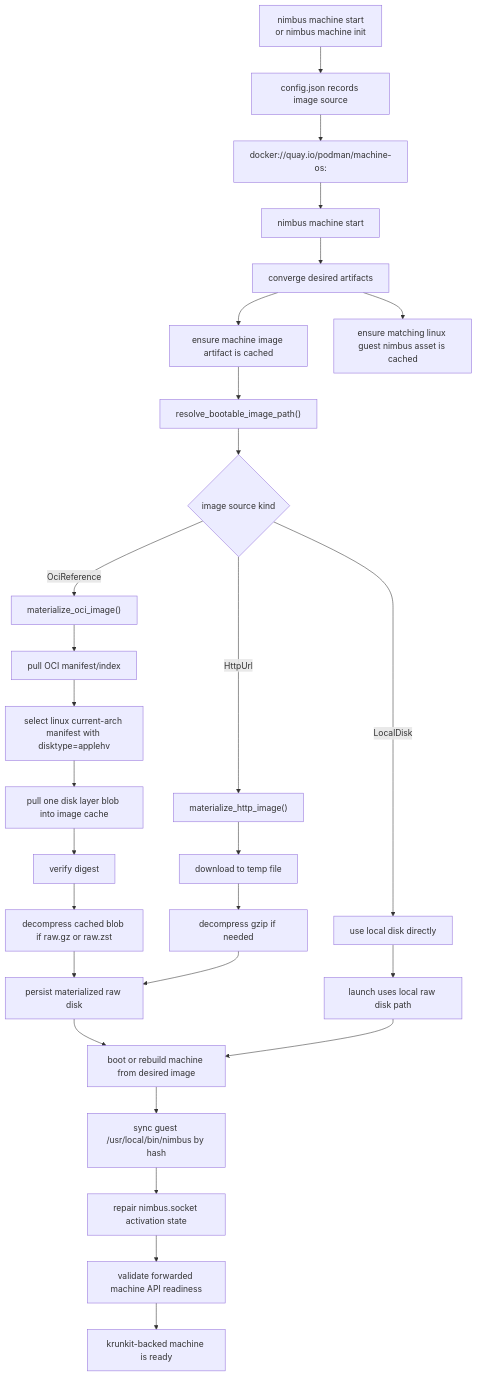
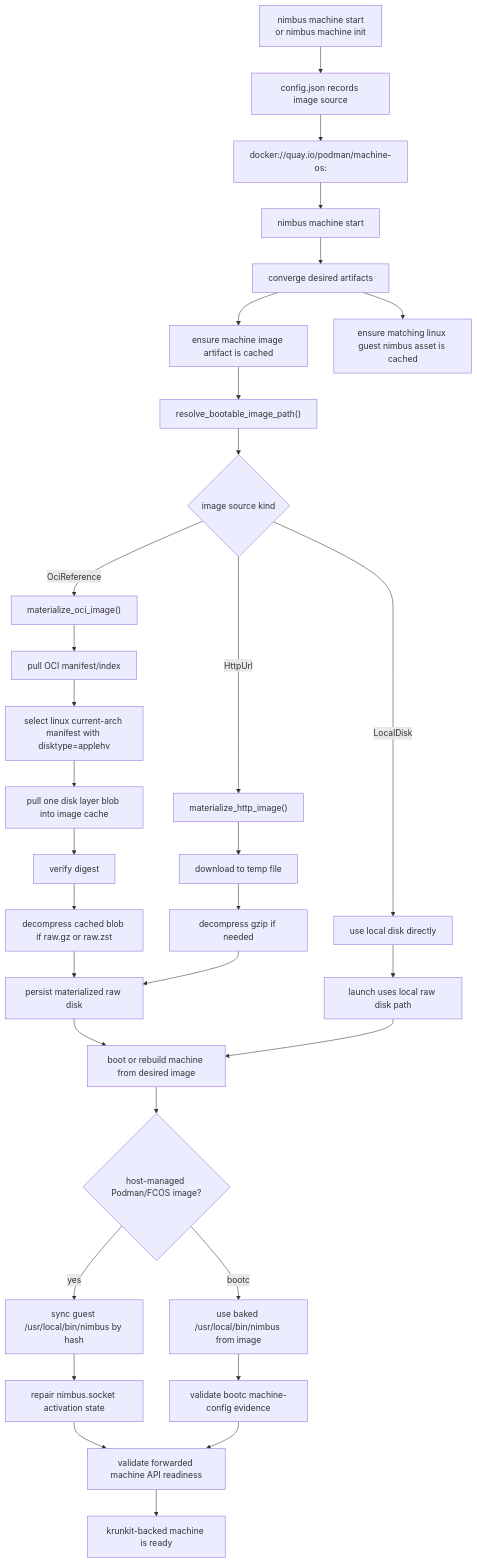
Before and after one commit to nimbus/nimbus: the third of 6 diagrams in docs/architecture/sandbox/macos-machine-flow.md, drawn with Mermaid. The commit also changed other lines of this file and 45 other files, not shown here.

Commit message:
Add bootc-native machine default gates

````diff
--- a/docs/architecture/sandbox/macos-machine-flow.md
+++ b/docs/architecture/sandbox/macos-machine-flow.md
@@ -166,33 +204,37 @@
 ```mermaid
 flowchart TD
     A["nimbus machine start<br/>or nimbus machine init"] --> B["config.json records image source"]
     B --> C["docker://quay.io/podman/machine-os:<pinned-ref-or-digest>"]
     C --> D["nimbus machine start"]
     D --> E["converge desired artifacts"]
     E --> F["ensure machine image artifact is cached"]
     E --> G["ensure matching linux guest nimbus asset is cached"]
     F --> H["resolve_bootable_image_path()"]
     H --> I{"image source kind"}
     I -->|OciReference| J["materialize_oci_image()"]
     I -->|HttpUrl| K["materialize_http_image()"]
     I -->|LocalDisk| L["use local disk directly"]
 
     J --> M["pull OCI manifest/index"]
     M --> N["select linux current-arch manifest with disktype=applehv"]
     N --> O["pull one disk layer blob into image cache"]
     O --> P["verify digest"]
     P --> Q["decompress cached blob if raw.gz or raw.zst"]
     Q --> R["persist materialized raw disk"]
 
     K --> S["download to temp file"]
     S --> T["decompress gzip if needed"]
     T --> R
 
     L --> U["launch uses local raw disk path"]
     R --> V["boot or rebuild machine from desired image"]
     U --> V
-    V --> W["sync guest /usr/local/bin/nimbus by hash"]
-    W --> X["repair nimbus.socket activation state"]
-    X --> Y["validate forwarded machine API readiness"]
-    Y --> Z["krunkit-backed machine is ready"]
+    V --> W{"host-managed Podman/FCOS image?"}
+    W -->|yes| X["sync guest /usr/local/bin/nimbus by hash"]
+    W -->|bootc| Y["use baked /usr/local/bin/nimbus from image"]
+    X --> Z["repair nimbus.socket activation state"]
+    Y --> AA["validate bootc machine-config evidence"]
+    Z --> AB["validate forwarded machine API readiness"]
+    AA --> AB
+    AB --> AC["krunkit-backed machine is ready"]
 ```
````
